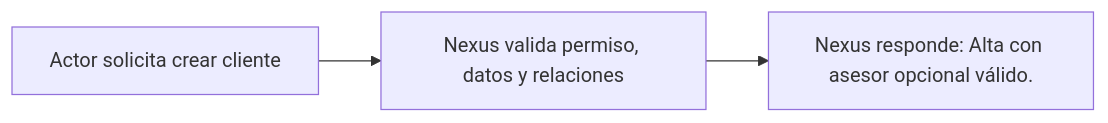
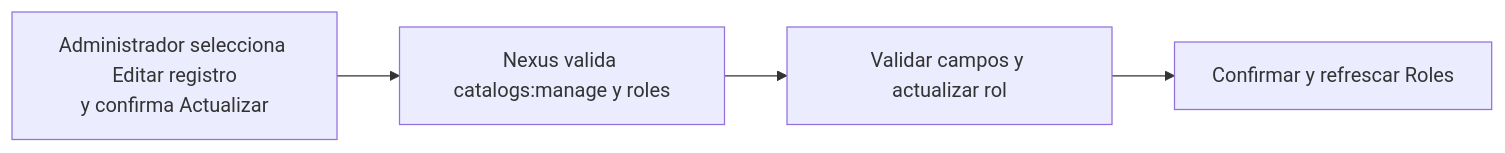
Before and after one commit to gpgsistemas01/nexus: the diagram in docs/requirements/diagrams/catalogs/cu-cat-15.md, drawn with Mermaid. The commit also changed other lines of this file and 287 other files, not shown here.

````diff
--- a/docs/requirements/diagrams/catalogs/cu-cat-15.md
+++ b/docs/requirements/diagrams/catalogs/cu-cat-15.md
@@ -3,5 +3,6 @@
 ```mermaid
 flowchart LR
-    request["Actor solicita crear cliente"] --> validate["Nexus valida permiso, datos y relaciones"]
-    validate --> result["Nexus responde: Alta con asesor opcional válido."]
+    request["Administrador selecciona Editar registro<br/>y confirma Actualizar"] --> authorize["Nexus valida catalogs:manage y roles"]
+    authorize --> persist["Validar campos y actualizar rol"]
+    persist --> result["Confirmar y refrescar Roles"]
 ```
````
